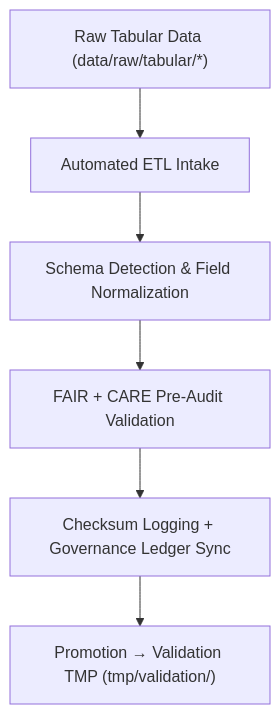
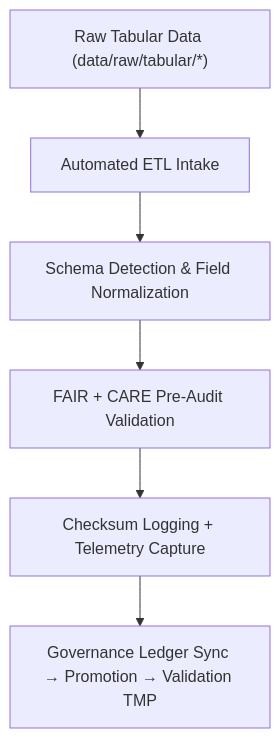
Before and after one commit to bartytime4life/Kansas-Frontier-Matrix: the diagram in data/work/staging/tabular/tmp/intake/README.md, drawn with Mermaid. The commit also changed other lines of this file, not shown here.

````diff
--- a/data/work/staging/tabular/tmp/intake/README.md
+++ b/data/work/staging/tabular/tmp/intake/README.md
@@ -64,8 +66,8 @@
 ```mermaid
 flowchart TD
     A["Raw Tabular Data (data/raw/tabular/*)"] --> B["Automated ETL Intake"]
     B --> C["Schema Detection & Field Normalization"]
     C --> D["FAIR + CARE Pre-Audit Validation"]
-    D --> E["Checksum Logging + Governance Ledger Sync"]
-    E --> F["Promotion → Validation TMP (tmp/validation/)"]
+    D --> E["Checksum Logging + Telemetry Capture"]
+    E --> F["Governance Ledger Sync → Promotion → Validation TMP"]
 ```
````
